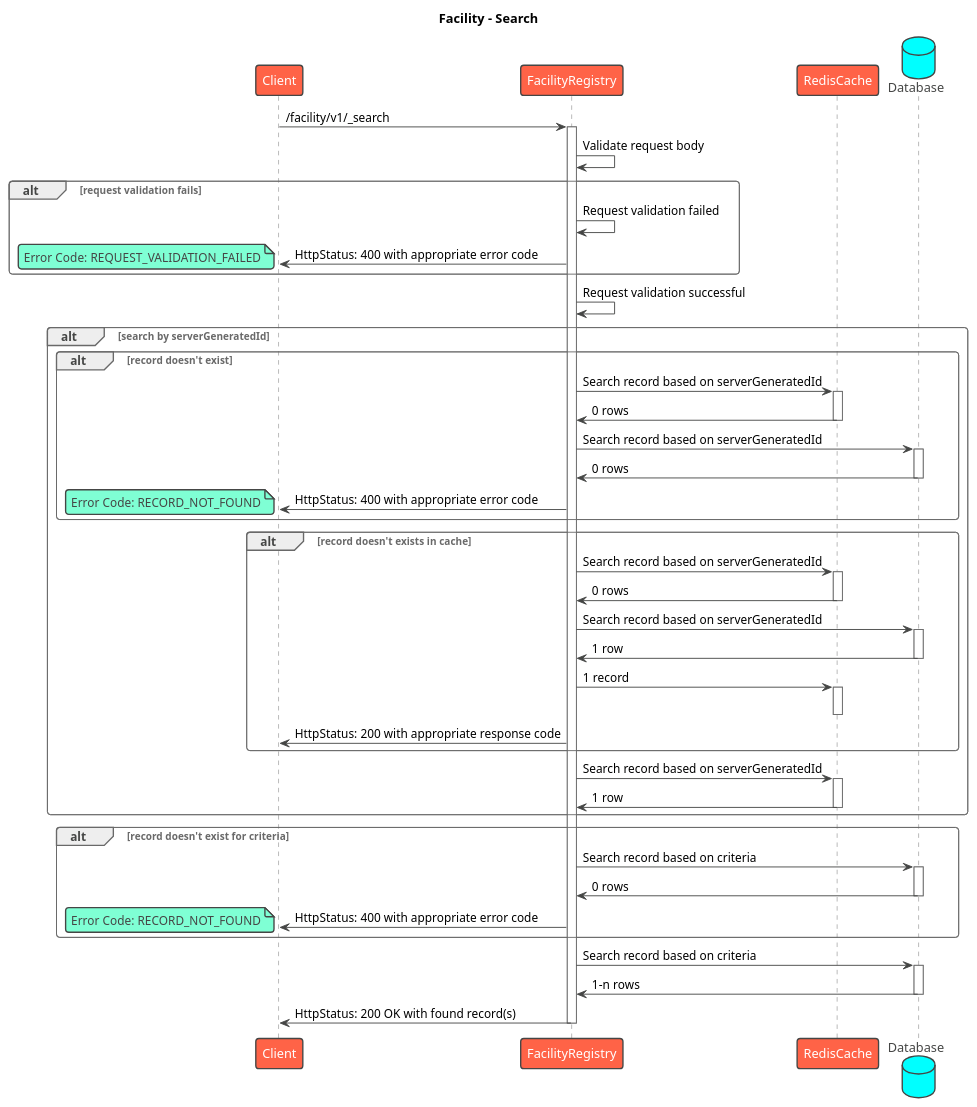
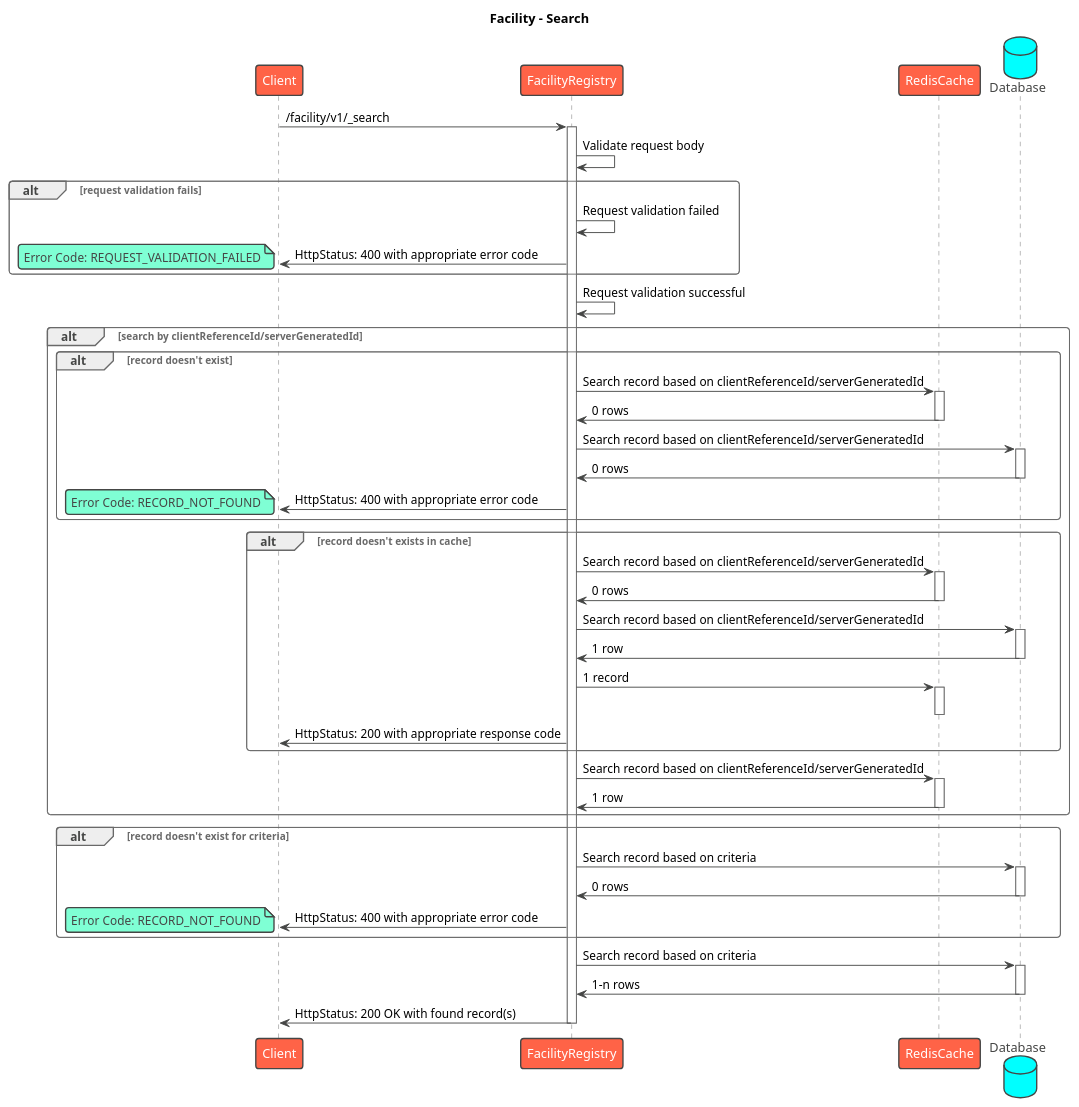
Before and after one commit to egovernments/health-api-specs: the diagram in contracts/project/facility/sequence/search.puml, drawn with PlantUML. The commit also changed 15 other files, not shown here.

First line of the commit message:
Sequence: /project/v1/_search and /project/v1/_update

```diff
--- a/contracts/project/facility/sequence/search.puml
+++ b/contracts/project/facility/sequence/search.puml
@@ -1,69 +1,69 @@
 @startuml
 title Facility - Search
 !theme vibrant
 participant Client as c
 participant FacilityRegistry as s
 participant RedisCache as rc
 database Database as db
 c -> s : /facility/v1/_search
 activate s
 s -> s: Validate request body
 alt request validation fails
     s -> s: Request validation failed
     s -> c: HttpStatus: 400 with appropriate error code
     note left
       Error Code: REQUEST_VALIDATION_FAILED
     end note
 end
 s -> s: Request validation successful
-alt search by serverGeneratedId
+alt search by clientReferenceId/serverGeneratedId
     alt record doesn't exist
-        s -> rc: Search record based on serverGeneratedId
+        s -> rc: Search record based on clientReferenceId/serverGeneratedId
         activate rc
         rc -> s: 0 rows
         deactivate rc
-        s -> db: Search record based on serverGeneratedId
+        s -> db: Search record based on clientReferenceId/serverGeneratedId
         activate db
         db -> s: 0 rows
         deactivate db
         s -> c: HttpStatus: 400 with appropriate error code
         note left
           Error Code: RECORD_NOT_FOUND
         end note
     end
     alt record doesn't exists in cache
-        s -> rc: Search record based on serverGeneratedId
+        s -> rc: Search record based on clientReferenceId/serverGeneratedId
         activate rc
         rc -> s: 0 rows
         deactivate rc
-        s -> db: Search record based on serverGeneratedId
+        s -> db: Search record based on clientReferenceId/serverGeneratedId
         activate db
         db -> s: 1 row
         deactivate db
         s -> rc: 1 record
         activate rc
         deactivate rc
         s -> c: HttpStatus: 200 with appropriate response code
     end
-s -> rc: Search record based on serverGeneratedId
+s -> rc: Search record based on clientReferenceId/serverGeneratedId
 activate rc
 rc -> s: 1 row
 deactivate rc
 end
 alt record doesn't exist for criteria
     s -> db: Search record based on criteria
     activate db
     db -> s: 0 rows
     deactivate db
     s -> c: HttpStatus: 400 with appropriate error code
     note left
       Error Code: RECORD_NOT_FOUND
     end note
 end
 s -> db: Search record based on criteria
 activate db
 db -> s: 1-n rows
 deactivate db
 s -> c: HttpStatus: 200 OK with found record(s)
 deactivate s
 @enduml
```
